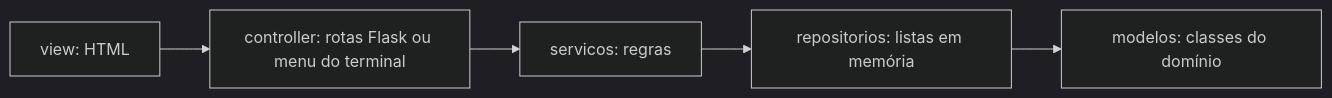
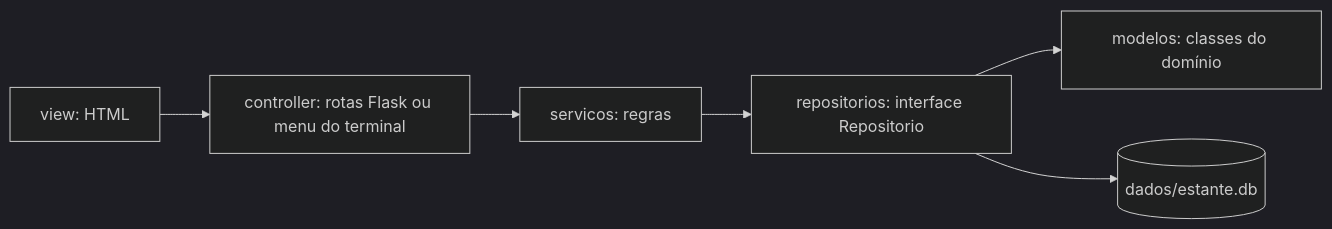
One commit to BiaTrixie/sistema-biblioteca-poo changed the fourth of 4 diagrams in docs/uml/diagrama_de_classes.md. Above: the diagram before and after it, drawn with Mermaid (dark theme). The commit also changed other lines of this file and 1 other file, not shown here.

Commit message:
docs: guia e UML explicam o DAO, o SQLite e o hash de senha

````diff
--- a/docs/uml/diagrama_de_classes.md
+++ b/docs/uml/diagrama_de_classes.md
@@ -120,7 +160,8 @@
 ```mermaid
 flowchart LR
     V[view: HTML] --> C[controller: rotas Flask ou menu do terminal]
     C --> S[servicos: regras]
-    S --> R[repositorios: listas em memória]
+    S --> R[repositorios: interface Repositorio]
     R --> M[modelos: classes do domínio]
+    R --> B[(dados/estante.db)]
 ```
````
